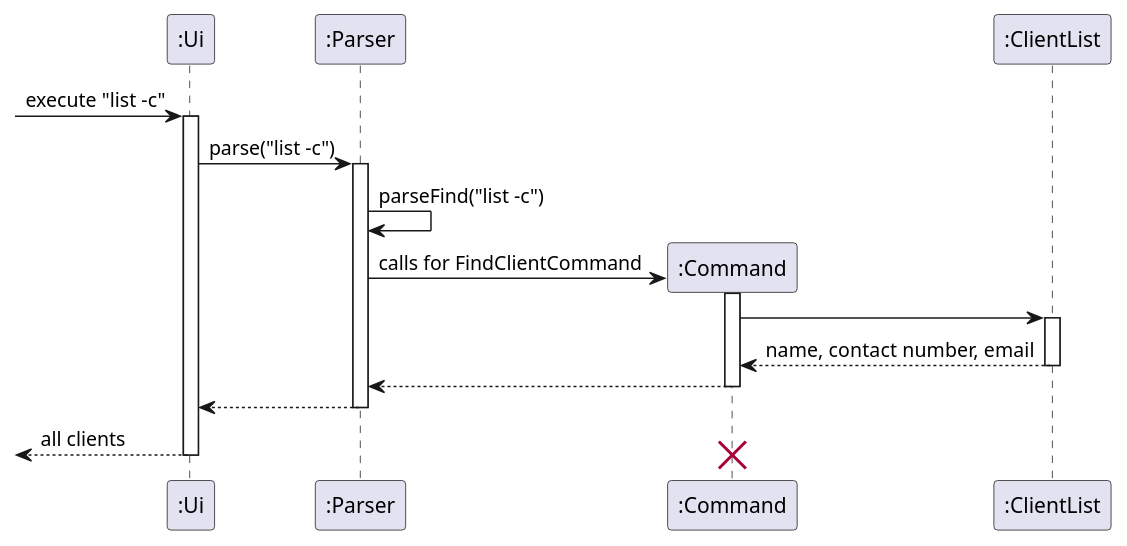
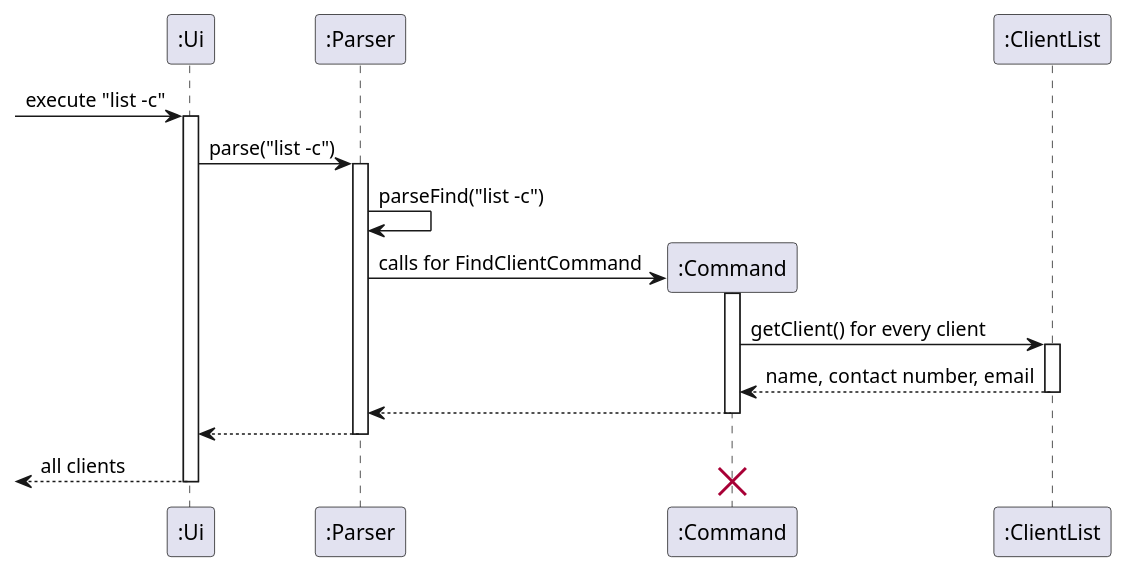
Before and after one commit to nus-cs2113-AY2122S1/tp: the diagram in src/main/java/seedu/uml/ArcExample.puml, drawn with PlantUML. The commit also changed 9 other files, not shown here.

Commit message:
Added Ui component in UG, minor changes to UML diagrams

```diff
--- a/src/main/java/seedu/uml/ArcExample.puml
+++ b/src/main/java/seedu/uml/ArcExample.puml
@@ -1,39 +1,39 @@
 @startuml
 
 participant ":Ui" as Ui
 participant ":Parser" as Parser
 participant ":Command" as Command
 participant ":ClientList" as ClientList
 
 
 
 -> Ui: execute "list -c"
 activate Ui
 Ui -> Parser : parse("list -c")
 
 activate Parser
 Parser -> Parser : parseFind("list -c")
 
 create Command
 Parser -> Command : calls for FindClientCommand
 activate Command
 
-Command -> ClientList :
+Command -> ClientList : getClient() for every client
 activate ClientList
 ClientList --> Command : name, contact number, email
 deactivate ClientList
 
 Command --> Parser
 deactivate Command
 
-Parser --> Ui
+Parser --> Ui :
 deactivate Parser
 <-- Ui : all clients
 deactivate Ui
 destroy Command
 
 
 
 
 
 @enduml
```
